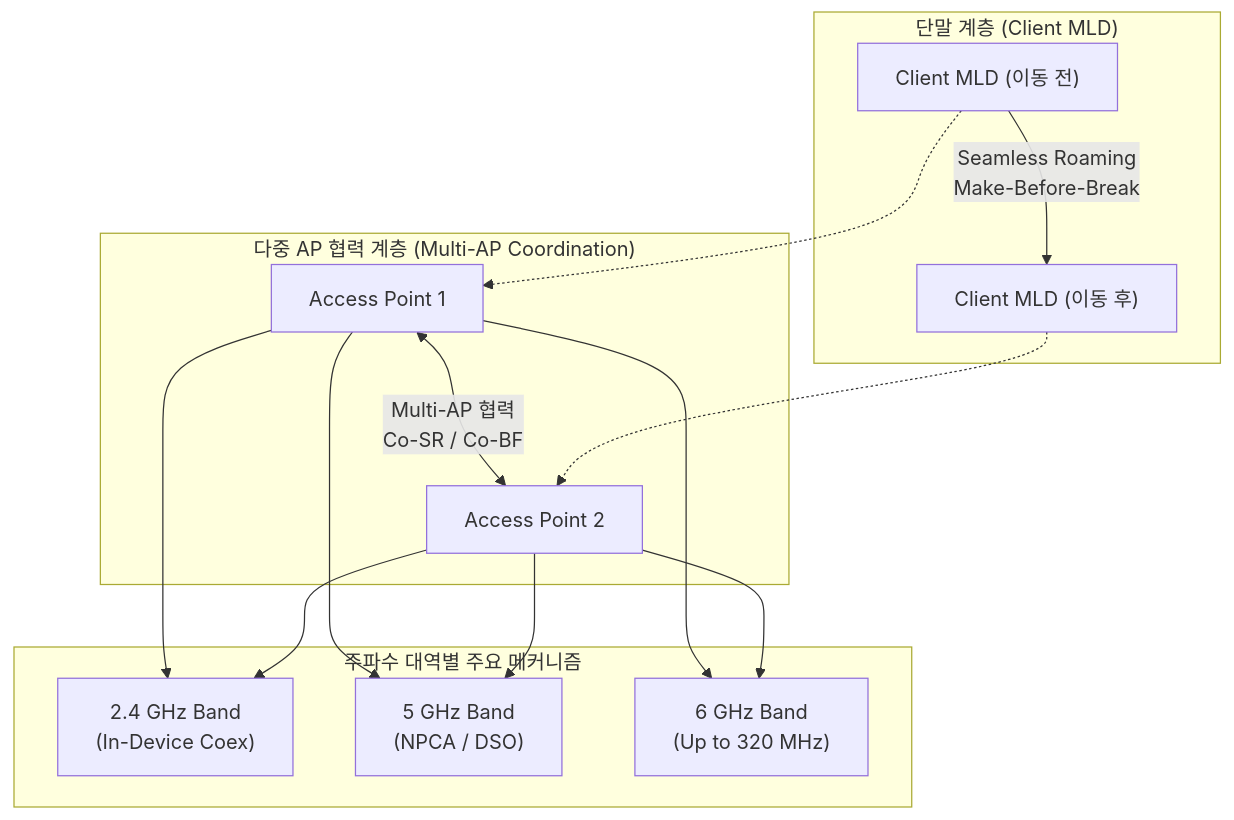
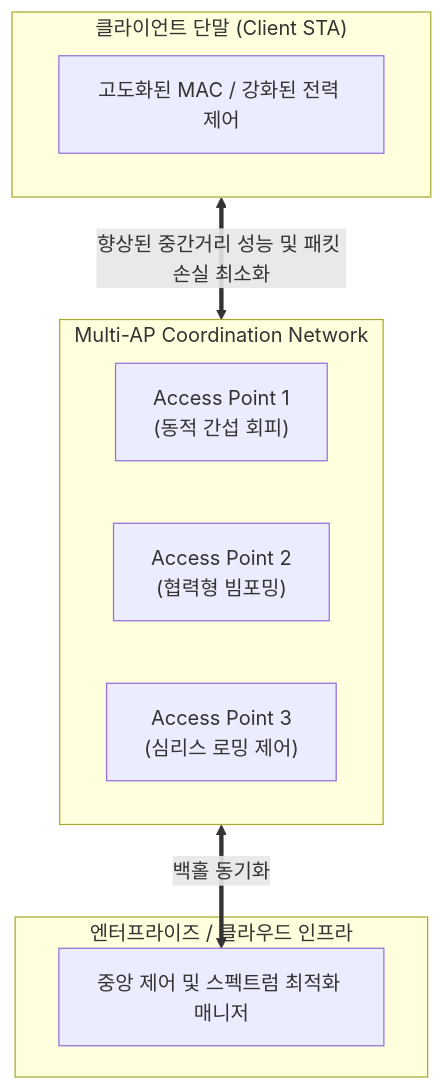
Before and after one commit to supremethumb/supremethumb.github.io: the diagram in content/02_IT_Tech/Wi-Fi 8.md, drawn with Mermaid. The commit also changed other lines of this file and 1970 other files, not shown here.

First line of the commit message:
feat(content): restructure 02_IT_Tech with 10 domain MOCs, wikilinks, related topics, and fix all mermaid syntax errors

````diff
--- a/content/02_IT_Tech/Wi-Fi 8.md
+++ b/content/02_IT_Tech/Wi-Fi 8.md
@@ -23,21 +23,21 @@
 ```mermaid
-flowchart TD
-    subgraph ClientLayer["단말 계층 (Client MLD)"]
-        C1["Client MLD (이동 전)"] -->|Seamless Roaming<br>Make-Before-Break| C2["Client MLD (이동 후)"]
+flowchart TB
+    subgraph Client["클라이언트 단말 (Client STA)"]
+        MAC["고도화된 MAC / 강화된 전력 제어"]
     end
 
-    subgraph APCoordination["다중 AP 협력 계층 (Multi-AP Coordination)"]
-        AP1["Access Point 1"] <-->|Multi-AP 협력<br>Co-SR / Co-BF| AP2["Access Point 2"]
+    subgraph MultiAP["Multi-AP Coordination Network"]
+        direction LR
+        AP1["Access Point 1<br/>(동적 간섭 회피)"] 
+        AP2["Access Point 2<br/>(협력형 빔포밍)"]
+        AP3["Access Point 3<br/>(심리스 로밍 제어)"]
     end
 
-    subgraph FrequencyBands["주파수 대역별 주요 메커니즘"]
-        B24["2.4 GHz Band<br>(In-Device Coex)"]
-        B5["5 GHz Band<br>(NPCA / DSO)"]
-        B6["6 GHz Band<br>(Up to 320 MHz)"]
+    subgraph Core["엔터프라이즈 / 클라우드 인프라"]
+        MNG["중앙 제어 및 스펙트럼 최적화 매니저"]
     end
 
-    C1 -.-> AP1
-    C2 -.-> AP2
-    AP1 --> B24 & B5 & B6
-    AP2 --> B24 & B5 & B6
+    Client <== "향상된 중간거리 성능 및 패킷 손실 최소화" ==> MultiAP
+    MultiAP <== "백홀 동기화" ==> MNG
+
 ```
````
